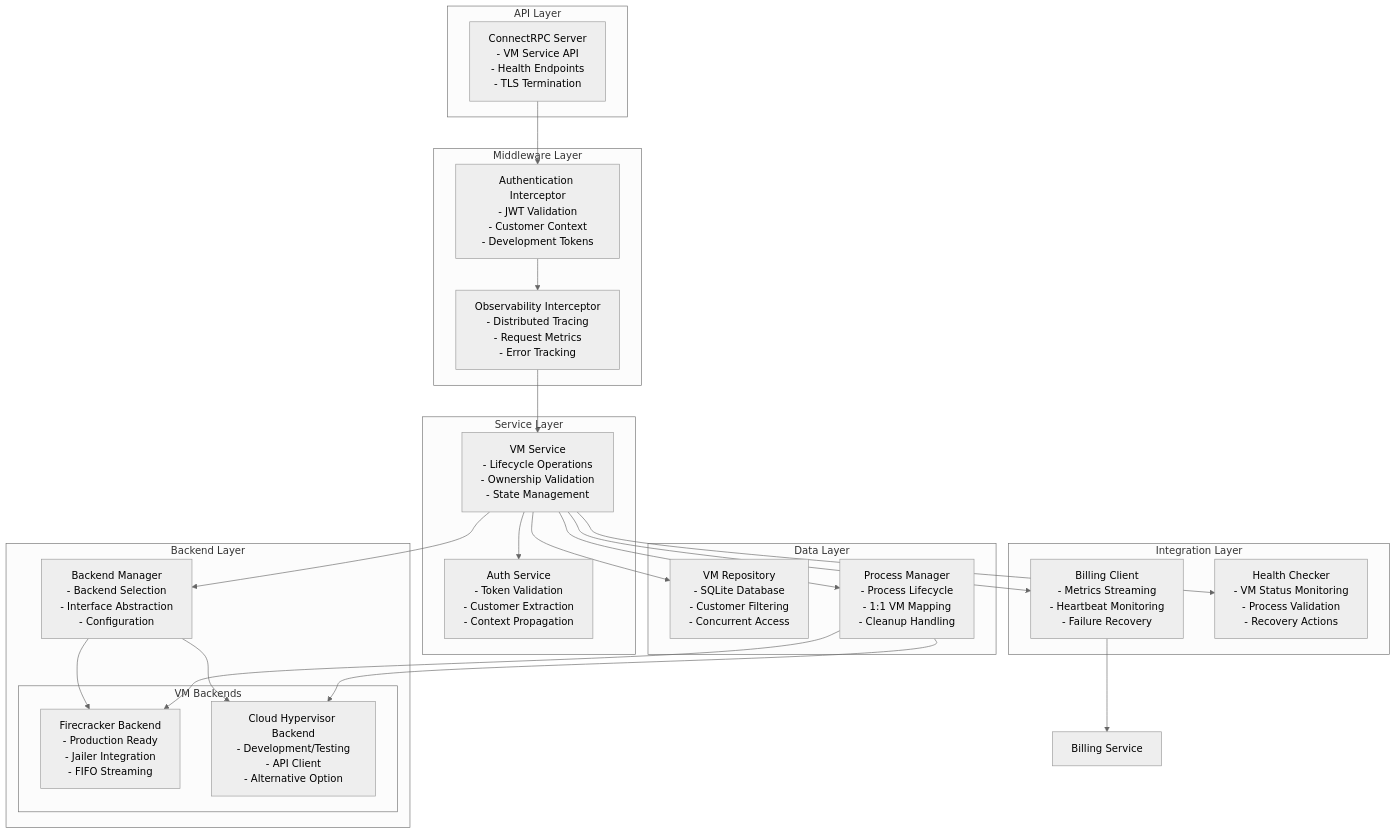
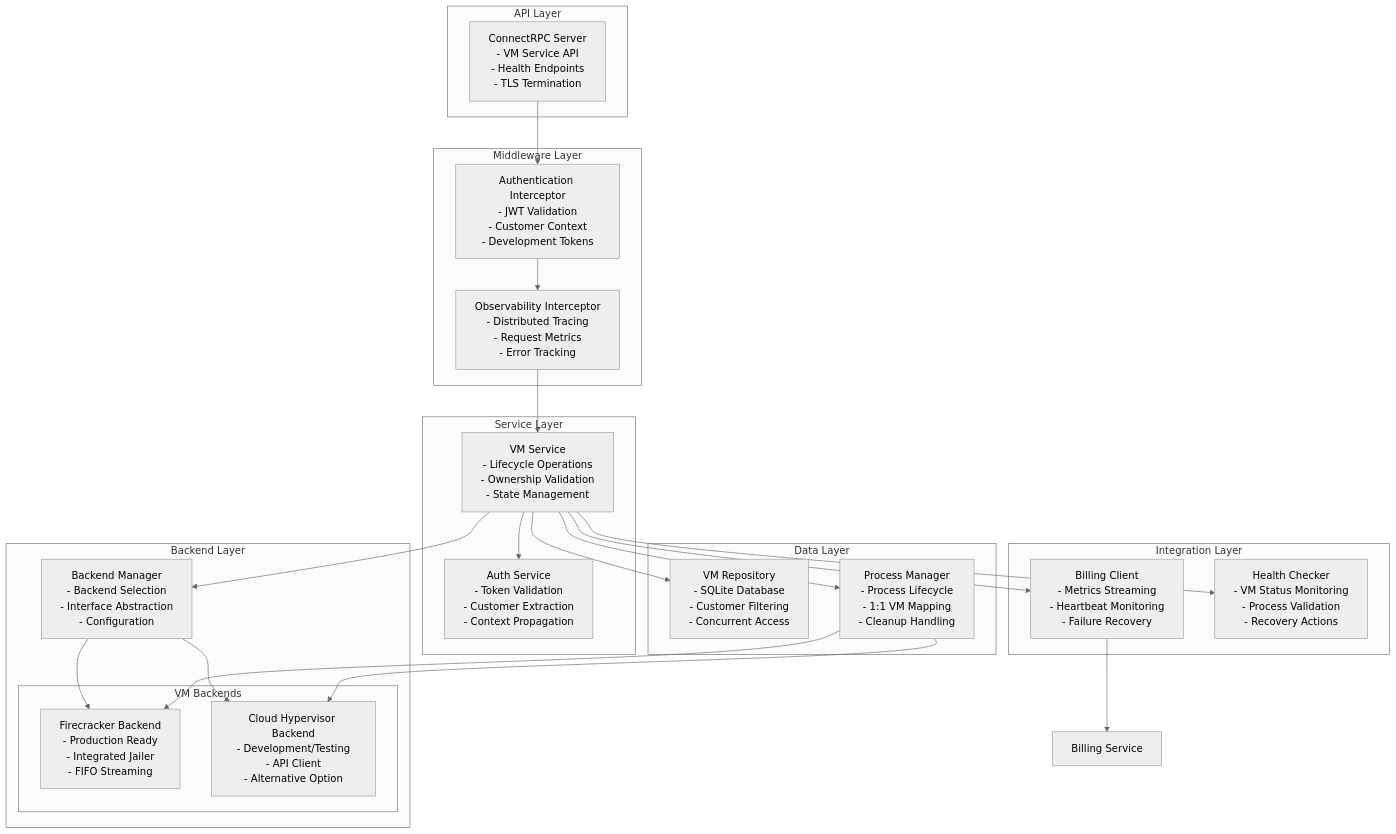
One commit to unkeyed/unkey changed the first of 13 diagrams in go/deploy/metald/docs/architecture/components/metald.md. Above: the diagram before and after it, drawn with Mermaid (neutral theme). The commit also changed other lines of this file and 298 other files, not shown here.

````diff
--- a/go/deploy/metald/docs/architecture/components/metald.md
+++ b/go/deploy/metald/docs/architecture/components/metald.md
@@ -44,54 +44,54 @@
 ```mermaid
 graph TB
     subgraph "API Layer"
         ConnectRPC[ConnectRPC Server<br/>- VM Service API<br/>- Health Endpoints<br/>- TLS Termination]
     end
     
     subgraph "Middleware Layer"
         Auth[Authentication Interceptor<br/>- JWT Validation<br/>- Customer Context<br/>- Development Tokens]
         Observability[Observability Interceptor<br/>- Distributed Tracing<br/>- Request Metrics<br/>- Error Tracking]
     end
     
     subgraph "Service Layer"
         VMService[VM Service<br/>- Lifecycle Operations<br/>- Ownership Validation<br/>- State Management]
         AuthService[Auth Service<br/>- Token Validation<br/>- Customer Extraction<br/>- Context Propagation]
     end
     
     subgraph "Backend Layer"
         BackendManager[Backend Manager<br/>- Backend Selection<br/>- Interface Abstraction<br/>- Configuration]
         
         subgraph "VM Backends"
-            Firecracker[Firecracker Backend<br/>- Production Ready<br/>- Jailer Integration<br/>- FIFO Streaming]
+            Firecracker[Firecracker Backend<br/>- Production Ready<br/>- Integrated Jailer<br/>- FIFO Streaming]
             CloudHypervisor[Cloud Hypervisor Backend<br/>- Development/Testing<br/>- API Client<br/>- Alternative Option]
         end
     end
     
     subgraph "Data Layer"
         Repository[VM Repository<br/>- SQLite Database<br/>- Customer Filtering<br/>- Concurrent Access]
         ProcessManager[Process Manager<br/>- Process Lifecycle<br/>- 1:1 VM Mapping<br/>- Cleanup Handling]
     end
     
     subgraph "Integration Layer"
         BillingClient[Billing Client<br/>- Metrics Streaming<br/>- Heartbeat Monitoring<br/>- Failure Recovery]
         HealthChecker[Health Checker<br/>- VM Status Monitoring<br/>- Process Validation<br/>- Recovery Actions]
     end
     
     ConnectRPC --> Auth
     Auth --> Observability
     Observability --> VMService
     VMService --> AuthService
     
     VMService --> BackendManager
     VMService --> Repository
     VMService --> ProcessManager
     VMService --> BillingClient
     VMService --> HealthChecker
     
     BackendManager --> Firecracker
     BackendManager --> CloudHypervisor
     
     ProcessManager --> Firecracker
     ProcessManager --> CloudHypervisor
     
     BillingClient --> BillingService[Billing Service]
 ```
````
